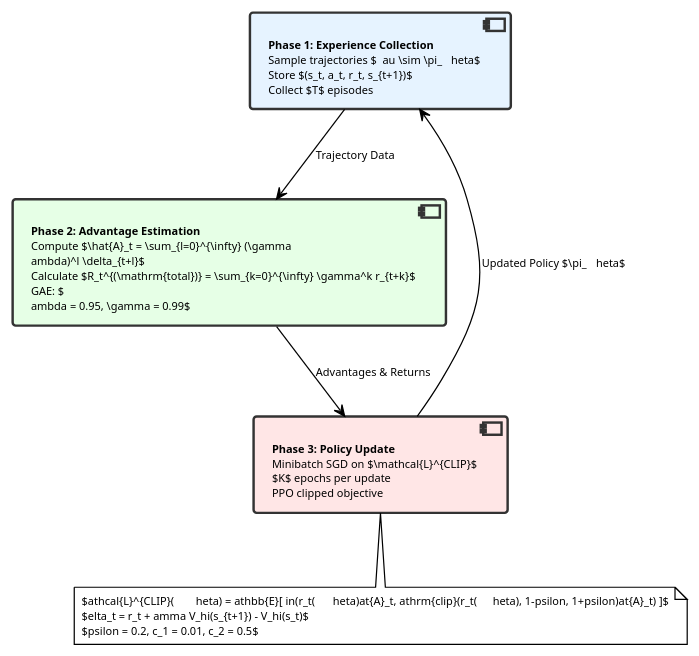
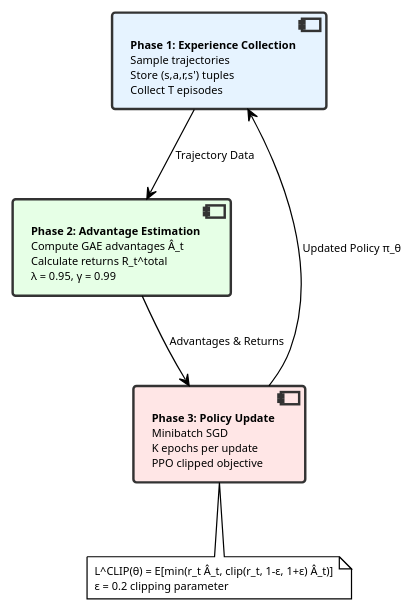
The diagram in research_docs/plantuml_diagrams/tikz_to_plantuml_conversion/ppo_algorithm_phases_new.puml (miracle078/cyberwheel-IX), drawn with PlantUML before and after one commit. The commit also changed 472 other files, not shown here.

```diff
--- a/research_docs/plantuml_diagrams/tikz_to_plantuml_conversion/ppo_algorithm_phases_new.puml
+++ b/research_docs/plantuml_diagrams/tikz_to_plantuml_conversion/ppo_algorithm_phases_new.puml
@@ -1,25 +1,25 @@
-@startuml ppo_algorithm_phases_enhanced
+@startuml ppo_algorithm_phases_new
 !theme plain
 skinparam backgroundColor #FFFFFF
 skinparam defaultFontName Arial
 skinparam defaultFontSize 9
 
 skinparam component {
   BackgroundColor #F8F8F8
   BorderColor #333333
   BorderThickness 2
 }
 
-component [**Phase 1: Experience Collection**\nSample trajectories $\tau \sim \pi_\theta$\nStore $(s_t, a_t, r_t, s_{t+1})$\nCollect $T$ episodes] as Phase1 #E6F3FF
+component [**Phase 1: Experience Collection**\nSample trajectories\nStore (s,a,r,s') tuples\nCollect T episodes] as Phase1 #E6F3FF
 
-component [**Phase 2: Advantage Estimation**\nCompute $\hat{A}_t = \sum_{l=0}^{\infty} (\gamma\lambda)^l \delta_{t+l}$\nCalculate $R_t^{(\mathrm{total})} = \sum_{k=0}^{\infty} \gamma^k r_{t+k}$\nGAE: $\lambda = 0.95, \gamma = 0.99$] as Phase2 #E6FFE6
+component [**Phase 2: Advantage Estimation**\nCompute GAE advantages Â_t\nCalculate returns R_t^total\nλ = 0.95, γ = 0.99] as Phase2 #E6FFE6
 
-component [**Phase 3: Policy Update**\nMinibatch SGD on $\mathcal{L}^{CLIP}$\n$K$ epochs per update\nPPO clipped objective] as Phase3 #FFE6E6
+component [**Phase 3: Policy Update**\nMinibatch SGD\nK epochs per update\nPPO clipped objective] as Phase3 #FFE6E6
 
 Phase1 --> Phase2 : Trajectory Data
 Phase2 --> Phase3 : Advantages & Returns
-Phase3 --> Phase1 : Updated Policy $\pi_\theta$
+Phase3 --> Phase1 : Updated Policy π_θ
 
-note bottom of Phase3 : $\mathcal{L}^{CLIP}(\theta) = \mathbb{E}[ \min(r_t(\theta)\hat{A}_t, \mathrm{clip}(r_t(\theta), 1-\epsilon, 1+\epsilon)\hat{A}_t) ]$\n$\delta_t = r_t + \gamma V_\phi(s_{t+1}) - V_\phi(s_t)$\n$\epsilon = 0.2, c_1 = 0.01, c_2 = 0.5$
+note bottom of Phase3 : L^CLIP(θ) = E[min(r_t Â_t, clip(r_t, 1-ε, 1+ε) Â_t)]\nε = 0.2 clipping parameter
 
 @enduml
```
